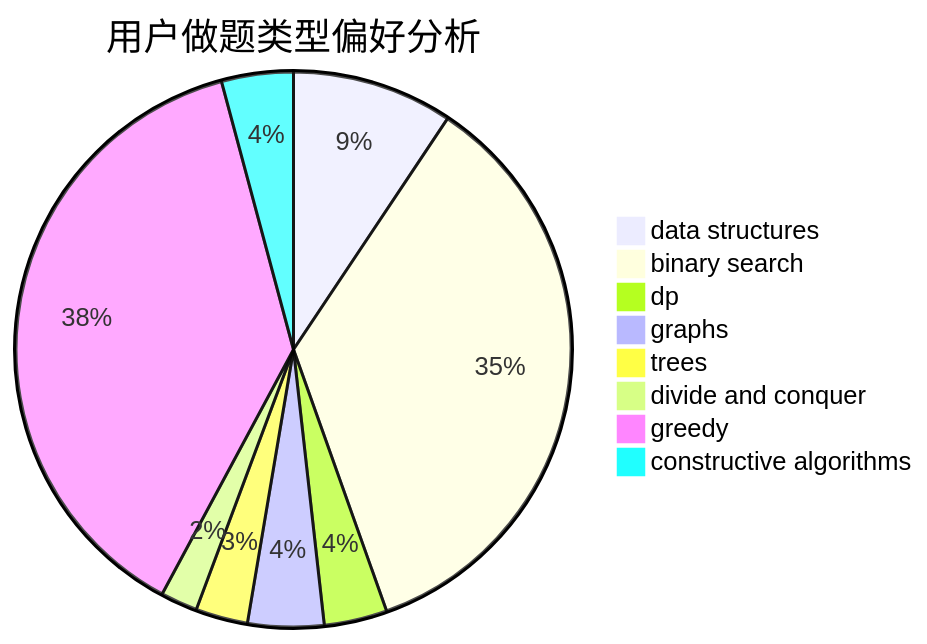
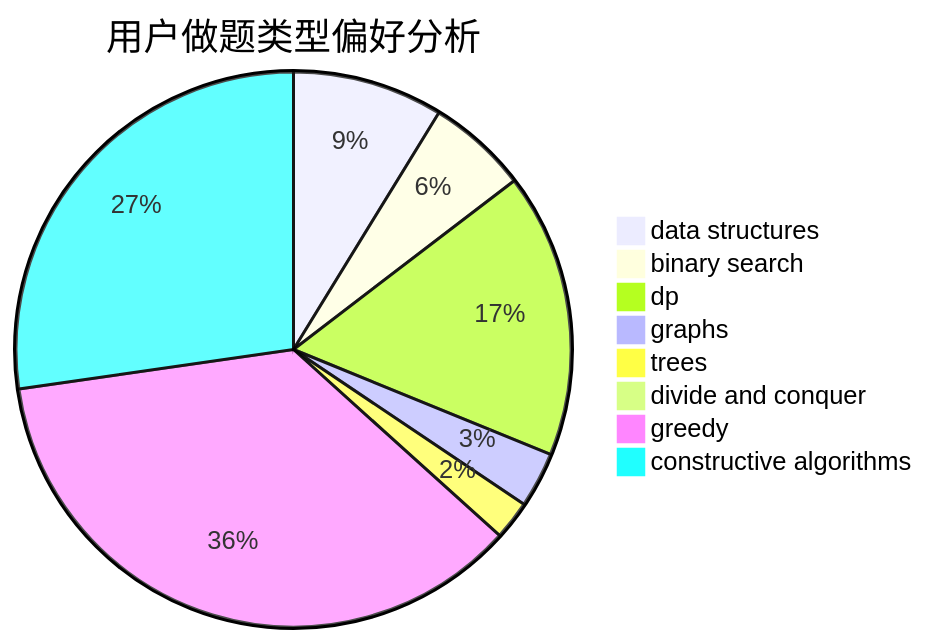
One commit to sherpahu/cfrs.github.io changed the second of 3 diagrams in docs/user/u1428.md. Above: the diagram before and after it, drawn with Mermaid. The commit also changed other lines of this file and 2770 other files, not shown here.

````diff
--- a/docs/user/u1428.md
+++ b/docs/user/u1428.md
@@ -23,11 +23,11 @@
 ```mermaid
 pie title 用户做题类型偏好分析
-    "data structures" :  74
-    "binary search" :  278
-    "dp" :  29
-    "graphs" :  35
-    "trees" :  24
-    "divide and conquer" :  17
-    "greedy" :  300
-    "constructive algorithms" :  33
+    "data structures" :  27
+    "binary search" :  18
+    "dp" :  51
+    "graphs" :  10
+    "trees" :  7
+    "divide and conquer" :  0
+    "greedy" :  111
+    "constructive algorithms" :  84
 ```
````
